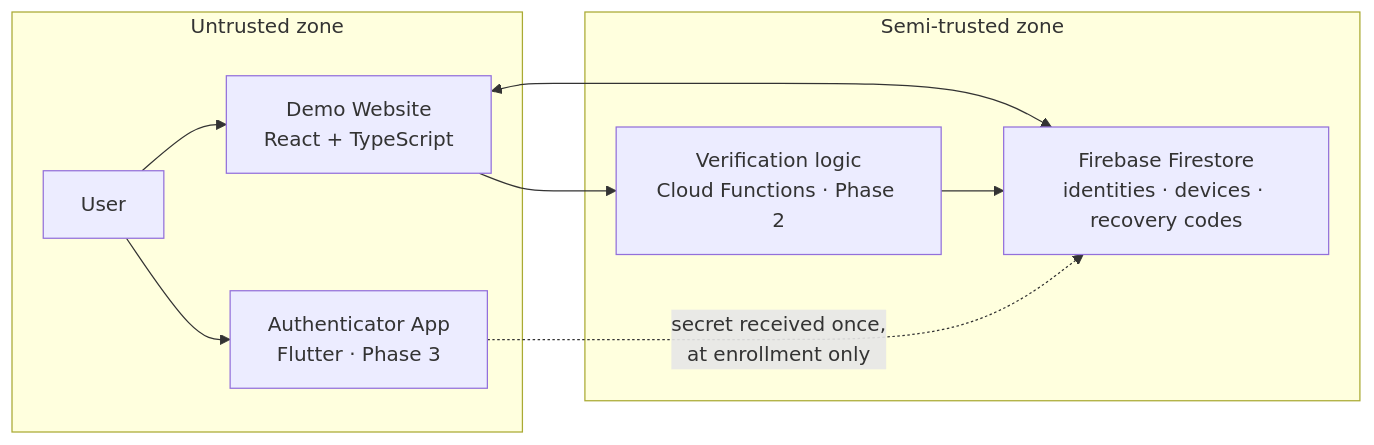
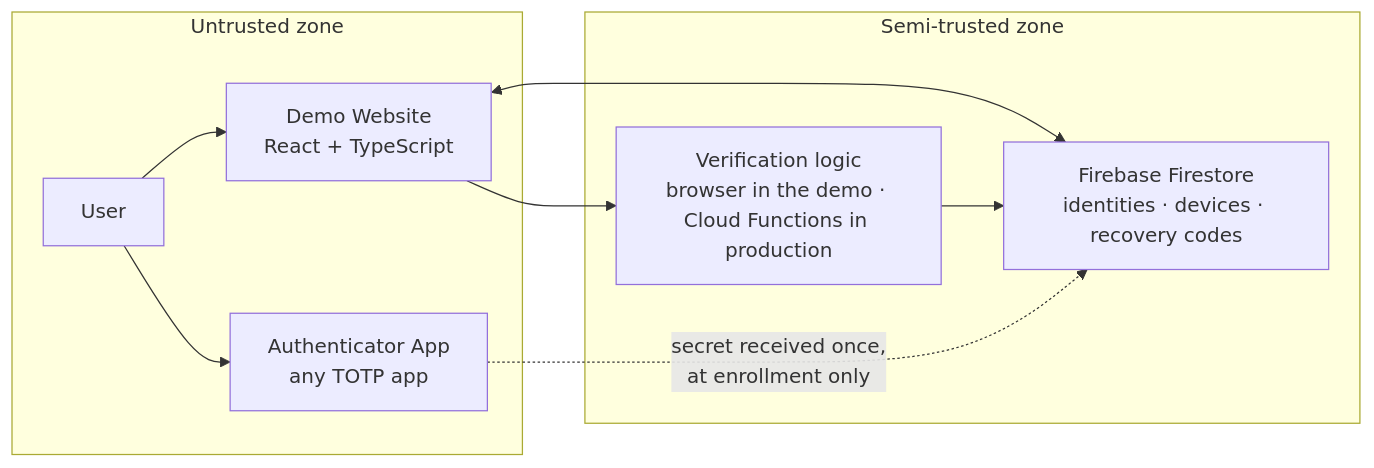
The first of 2 diagrams in docs/architecture.md (developerforpeople/mfa-for-free), drawn with Mermaid before and after one commit. The commit also changed other lines of this file and 115 other files, not shown here.

````diff
--- a/docs/architecture.md
+++ b/docs/architecture.md
@@ -16,19 +16,19 @@
 ```mermaid
 flowchart LR
     subgraph Client["Untrusted zone"]
         U[User]
         W["Demo Website<br/>React + TypeScript"]
-        A["Authenticator App<br/>Flutter · Phase 3"]
+        A["Authenticator App<br/>any TOTP app"]
     end
     subgraph Server["Semi-trusted zone"]
         F["Firebase Firestore<br/>identities · devices · recovery codes"]
-        V["Verification logic<br/>Cloud Functions · Phase 2"]
+        V["Verification logic<br/>browser in the demo · Cloud Functions in production"]
     end
 
     U --> W
     U --> A
     W <--> F
     W --> V
     V --> F
     A -. "secret received once,<br/>at enrollment only" .-> F
 ```
````
